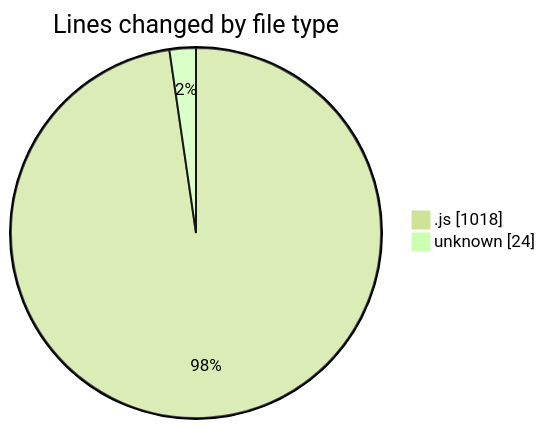
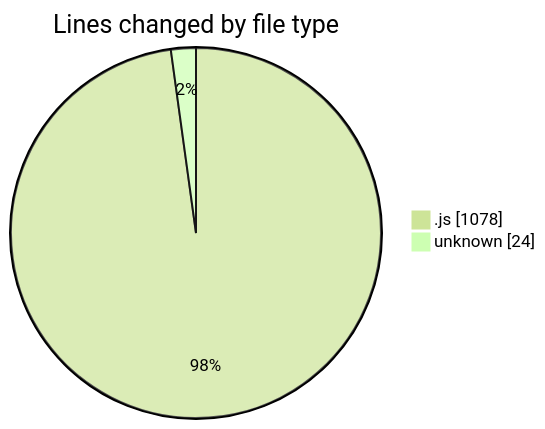
One commit to momahboobian/code-tracking changed the first of 2 diagrams in 2025-02-03/cda/README.md. Above: the diagram before and after it, drawn with Mermaid (forest theme). The commit also changed other lines of this file and 1 other file, not shown here.

````diff
--- a/2025-02-03/cda/README.md
+++ b/2025-02-03/cda/README.md
@@ -24,6 +24,6 @@
 ```mermaid
 pie showData
 title Lines changed by file type
-".js" : 1018
+".js" : 1078
 "unknown" : 24
 ```
````
